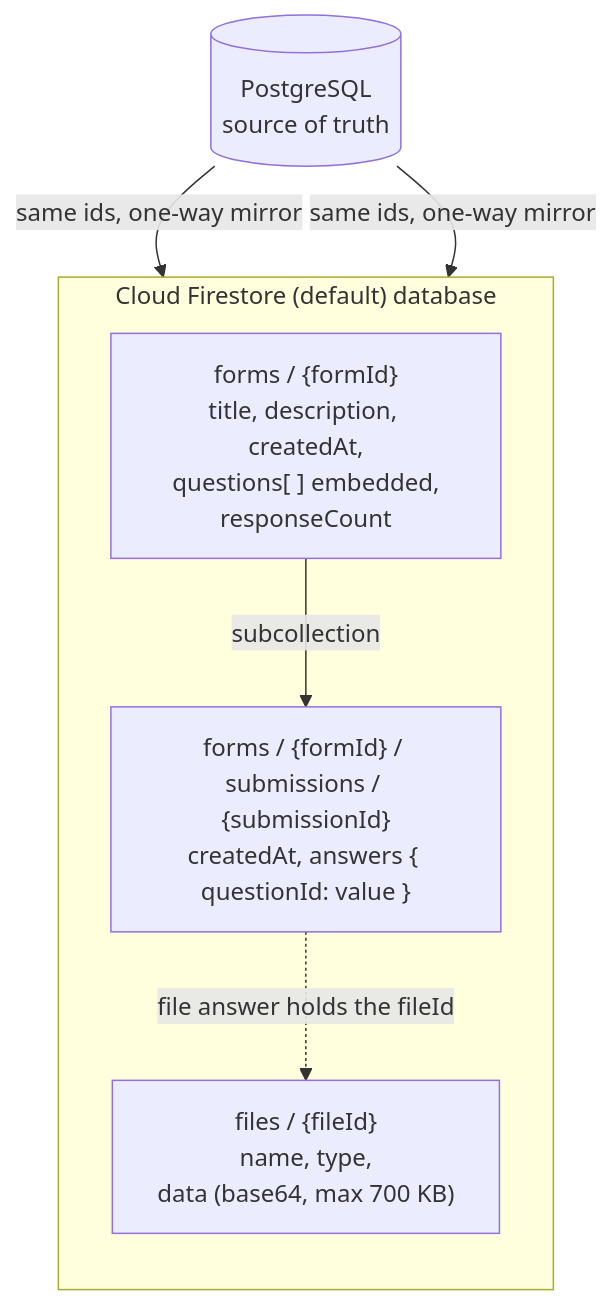
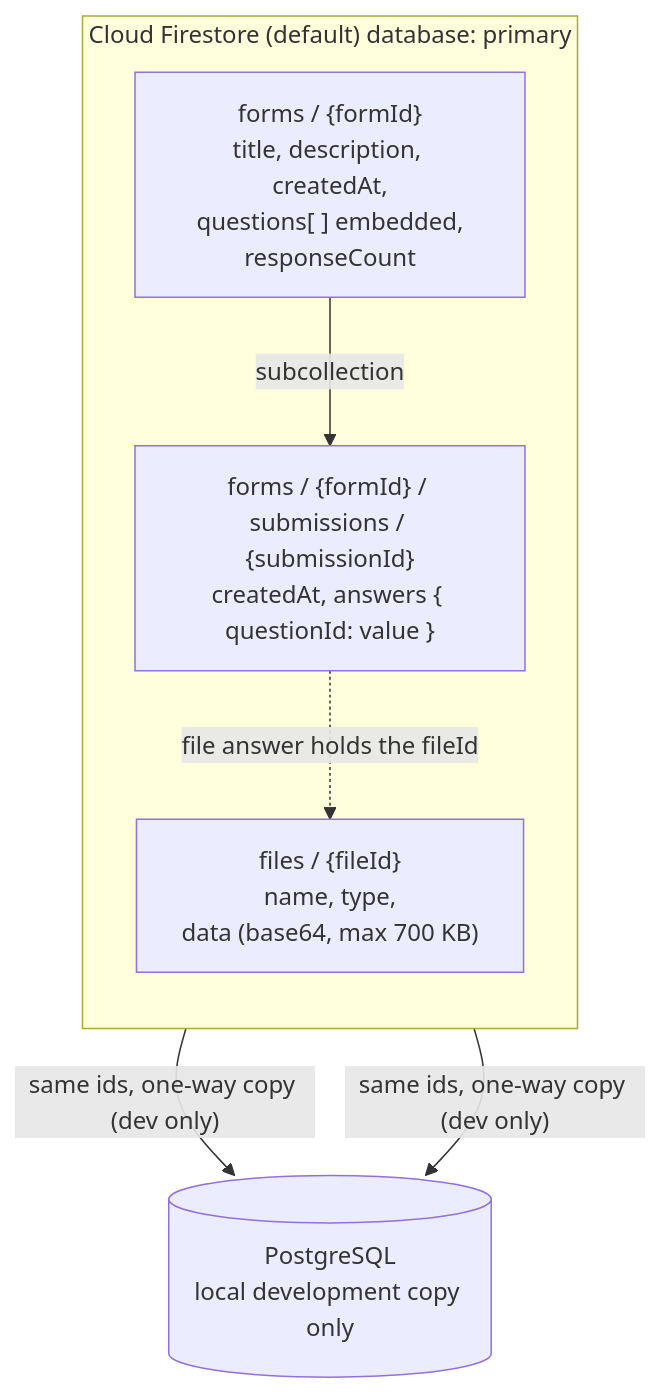
Before and after one commit to kasinadhsarma/survey-forms: the diagram in docs/Firestore.mmd, drawn with Mermaid. The commit also changed 8 other files, not shown here.

Commit message:
docs: update README and documentation to reflect Firestore as primary database with local Postgres as development copy

```diff
--- a/docs/Firestore.mmd
+++ b/docs/Firestore.mmd
@@ -1,12 +1,12 @@
 flowchart TB
-    subgraph FS["Cloud Firestore (default) database"]
+    subgraph FS["Cloud Firestore (default) database: primary"]
         direction TB
         F["forms / {formId}<br/>title, description, createdAt,<br/>questions[ ] embedded,<br/>responseCount"]
         S["forms / {formId} / submissions / {submissionId}<br/>createdAt, answers { questionId: value }"]
         FI["files / {fileId}<br/>name, type,<br/>data (base64, max 700 KB)"]
     end
     F -- "subcollection" --> S
     S -. "file answer holds the fileId" .-> FI
-    PG[("PostgreSQL<br/>source of truth")]
-    PG -- "same ids, one-way mirror" --> F
-    PG -- "same ids, one-way mirror" --> S
+    PG[("PostgreSQL<br/>local development copy only")]
+    F -- "same ids, one-way copy (dev only)" --> PG
+    S -- "same ids, one-way copy (dev only)" --> PG
```
